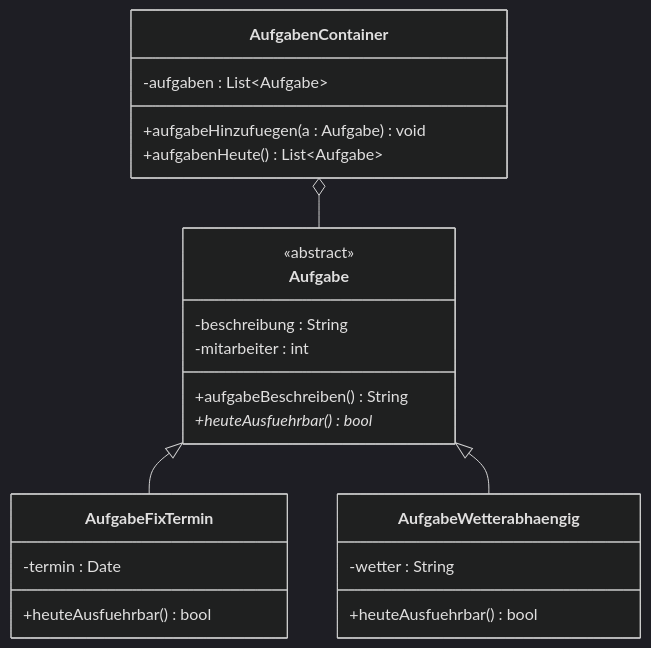
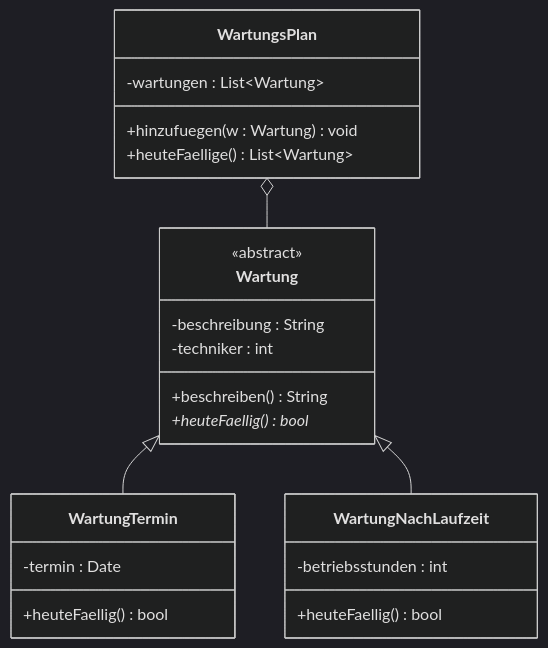
Before and after one commit to Woschj/Fisi_Fiae_Pruefungsvorbereitung: the first of 2 diagrams in AP2/FIAE/10 Lernmodule/1 Planen eines Softwareproduktes/FIAE-4 Objektorientierter Entwurf und Entwurfsmuster.md, drawn with Mermaid (dark theme). The commit also changed other lines of this file and 17 other files, not shown here.

````diff
--- a/AP2/FIAE/10 Lernmodule/1 Planen eines Softwareproduktes/FIAE-4 Objektorientierter Entwurf und Entwurfsmuster.md
+++ b/AP2/FIAE/10 Lernmodule/1 Planen eines Softwareproduktes/FIAE-4 Objektorientierter Entwurf und Entwurfsmuster.md
@@ -63,26 +63,26 @@
 ```mermaid
 classDiagram
-  class Aufgabe {
+  class Wartung {
     <<abstract>>
     -beschreibung : String
-    -mitarbeiter : int
-    +aufgabeBeschreiben() String
-    +heuteAusfuehrbar()* bool
+    -techniker : int
+    +beschreiben() String
+    +heuteFaellig()* bool
   }
-  class AufgabeFixTermin {
+  class WartungTermin {
     -termin : Date
-    +heuteAusfuehrbar() bool
+    +heuteFaellig() bool
   }
-  class AufgabeWetterabhaengig {
-    -wetter : String
-    +heuteAusfuehrbar() bool
+  class WartungNachLaufzeit {
+    -betriebsstunden : int
+    +heuteFaellig() bool
   }
-  class AufgabenContainer {
-    -aufgaben : List~Aufgabe~
-    +aufgabeHinzufuegen(a : Aufgabe) void
-    +aufgabenHeute() List~Aufgabe~
+  class WartungsPlan {
+    -wartungen : List~Wartung~
+    +hinzufuegen(w : Wartung) void
+    +heuteFaellige() List~Wartung~
   }
-  Aufgabe <|-- AufgabeFixTermin
-  Aufgabe <|-- AufgabeWetterabhaengig
-  AufgabenContainer o-- Aufgabe
+  Wartung <|-- WartungTermin
+  Wartung <|-- WartungNachLaufzeit
+  WartungsPlan o-- Wartung
 ```
````
